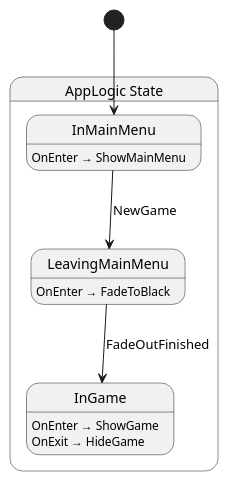
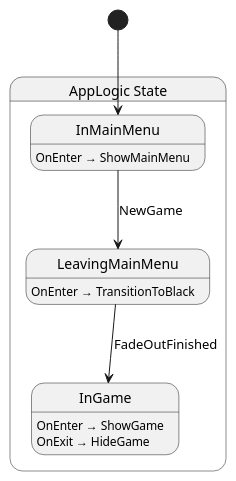
One commit to SkyValor/rescue-drone changed the diagram in Scripts/App/State/AppLogic.g.puml. Above: the diagram before and after it, drawn with PlantUML. The commit also changed 19 other files, not shown here.

```diff
--- a/Scripts/App/State/AppLogic.g.puml
+++ b/Scripts/App/State/AppLogic.g.puml
@@ -1,17 +1,17 @@
 @startuml AppLogic
 state "AppLogic State" as RescueDrone_AppLogic_State {
   state "InGame" as RescueDrone_AppLogic_State_InGame
   state "InMainMenu" as RescueDrone_AppLogic_State_InMainMenu
   state "LeavingMainMenu" as RescueDrone_AppLogic_State_LeavingMainMenu
 }
 
 RescueDrone_AppLogic_State_InMainMenu --> RescueDrone_AppLogic_State_LeavingMainMenu : NewGame
 RescueDrone_AppLogic_State_LeavingMainMenu --> RescueDrone_AppLogic_State_InGame : FadeOutFinished
 
 RescueDrone_AppLogic_State_InGame : OnEnter → ShowGame
 RescueDrone_AppLogic_State_InGame : OnExit → HideGame
 RescueDrone_AppLogic_State_InMainMenu : OnEnter → ShowMainMenu
-RescueDrone_AppLogic_State_LeavingMainMenu : OnEnter → FadeToBlack
+RescueDrone_AppLogic_State_LeavingMainMenu : OnEnter → TransitionToBlack
 
 [*] --> RescueDrone_AppLogic_State_InMainMenu
 @enduml
```
